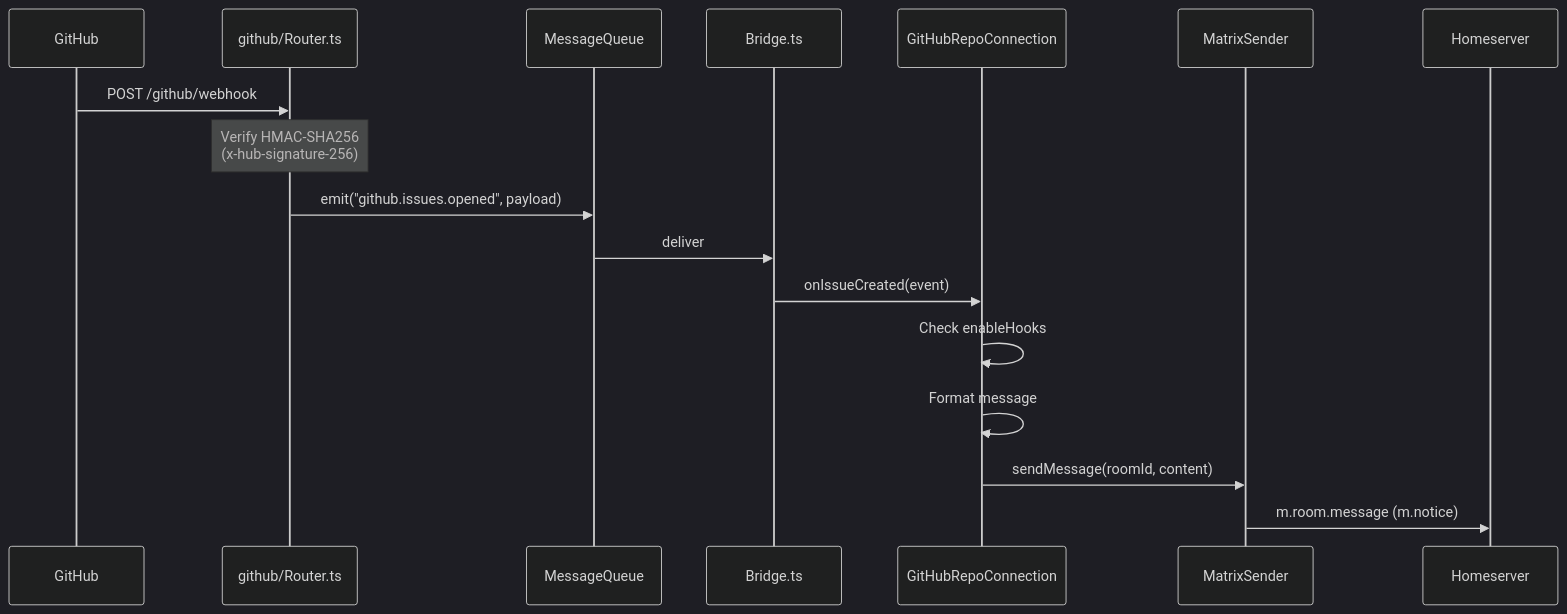
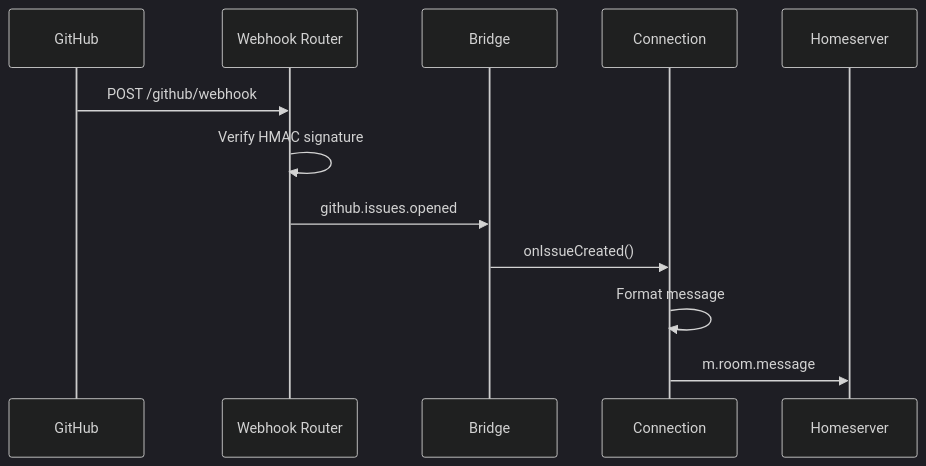
Before and after one commit to yncyrydybyl/matrix-hookshot: the diagram in docs/integrations/github.md, drawn with Mermaid (dark theme). The commit also changed 4 other files, not shown here.

First line of the commit message:
Simplify all 9 Mermaid diagrams for readability

````diff
--- a/docs/integrations/github.md
+++ b/docs/integrations/github.md
@@ -47,20 +47,15 @@
 ```mermaid
 sequenceDiagram
     participant GH as GitHub
-    participant R as github/Router.ts
-    participant MQ as MessageQueue
-    participant BR as Bridge.ts
-    participant RC as GitHubRepoConnection
-    participant MS as MatrixSender
-    participant HS as Homeserver
+    participant Router as Webhook Router
+    participant Bridge as Bridge
+    participant Conn as Connection
+    participant Matrix as Homeserver
 
-    GH->>R: POST /github/webhook
-    Note over R: Verify HMAC-SHA256<br/>(x-hub-signature-256)
-    R->>MQ: emit("github.issues.opened", payload)
-    MQ->>BR: deliver
-    BR->>RC: onIssueCreated(event)
-    RC->>RC: Check enableHooks
-    RC->>RC: Format message
-    RC->>MS: sendMessage(roomId, content)
-    MS->>HS: m.room.message (m.notice)
+    GH->>Router: POST /github/webhook
+    Router->>Router: Verify HMAC signature
+    Router->>Bridge: github.issues.opened
+    Bridge->>Conn: onIssueCreated()
+    Conn->>Conn: Format message
+    Conn->>Matrix: m.room.message
 ```
````
